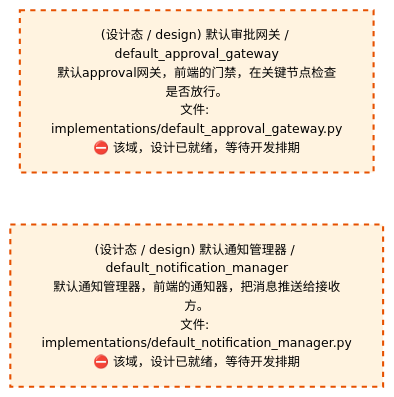
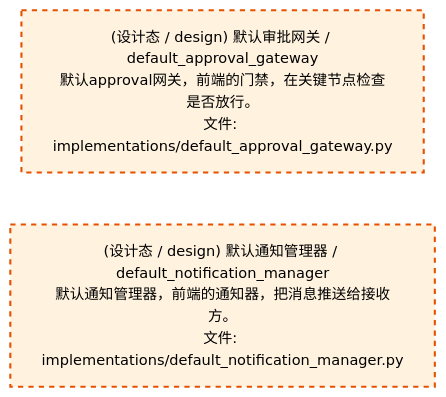
The third of 4 diagrams in docs/02_enterprise_architecture/02_domain_architecture_docs/47_d_frontend.md (xuanFelixVan/ZephyrAlpha), drawn with Mermaid before and after one commit. The commit also changed other lines of this file and 61 other files, not shown here.

````diff
--- a/docs/02_enterprise_architecture/02_domain_architecture_docs/47_d_frontend.md
+++ b/docs/02_enterprise_architecture/02_domain_architecture_docs/47_d_frontend.md
@@ -177,12 +177,12 @@
 ```mermaid
-%%{init: {'theme': 'base', 'themeVariables': {'primaryColor': '#eaeaea', 'primaryTextColor': '#333333', 'primaryBorderColor': '#666666', 'lineColor': '#666666', 'secondaryColor': '#eaeaea', 'tertiaryColor': '#eaeaea', 'fontSize': '12px'}}}%%
+%%{init: {'theme': 'base', 'themeVariables': {'primaryColor': '#eaeaea', 'primaryTextColor': '#333333', 'primaryBorderColor': '#666666', 'lineColor': '#666666', 'secondaryColor': '#eaeaea', 'tertiaryColor': '#eaeaea', 'fontSize': '14px'}}}%%
 flowchart TD
-    src_zephyr_frontend_implementations_default_approval_gateway_py["(设计态 / design) 默认审批网关 / default_approval_gateway<br/>默认approval网关，前端的门禁，在关键节点检查是否放行。<br/>文件: implementations/default_approval_gateway.py<br/>⛔ 该域，设计已就绪，等待开发排期"]
-    src_zephyr_frontend_implementations_default_notification_manager_py["(设计态 / design) 默认通知管理器 / default_notification_manager<br/>默认通知管理器，前端的通知器，把消息推送给接收方。<br/>文件: implementations/default_notification_manager.py<br/>⛔ 该域，设计已就绪，等待开发排期"]
+    src_zephyr_frontend_implementations_default_approval_gateway_py["(设计态 / design) 默认审批网关 / default_approval_gateway<br/>默认approval网关，前端的门禁，在关键节点检查是否放行。<br/>文件: implementations/default_approval_gateway.py"]
+    src_zephyr_frontend_implementations_default_notification_manager_py["(设计态 / design) 默认通知管理器 / default_notification_manager<br/>默认通知管理器，前端的通知器，把消息推送给接收方。<br/>文件: implementations/default_notification_manager.py"]
     src_zephyr_frontend_implementations_default_approval_gateway_py ~~~ src_zephyr_frontend_implementations_default_notification_manager_py
     classDef production fill:#e1f5fe,stroke:#01579b,stroke-width:2px,color:#000
     classDef design fill:#fff3e0,stroke:#e65100,stroke-width:2px,color:#000,stroke-dasharray: 5 5
     classDef external_prod fill:#e8f4fd,stroke:#0277bd,stroke-width:1px,color:#000
     classDef external_design fill:#fff8e7,stroke:#ef6c00,stroke-width:1px,color:#000,stroke-dasharray: 5 5
     class src_zephyr_frontend_implementations_default_approval_gateway_py,src_zephyr_frontend_implementations_default_notification_manager_py design
 ```
````
